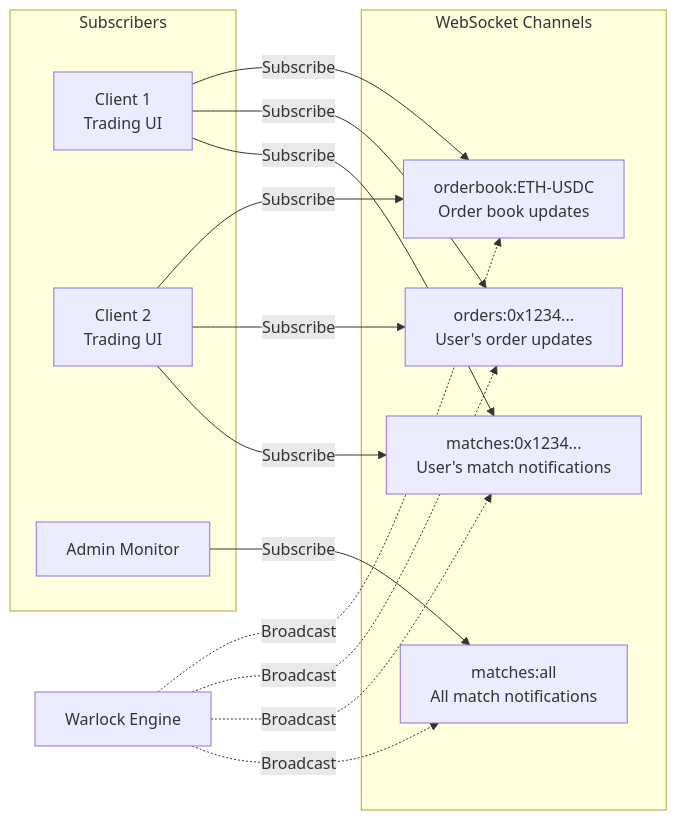
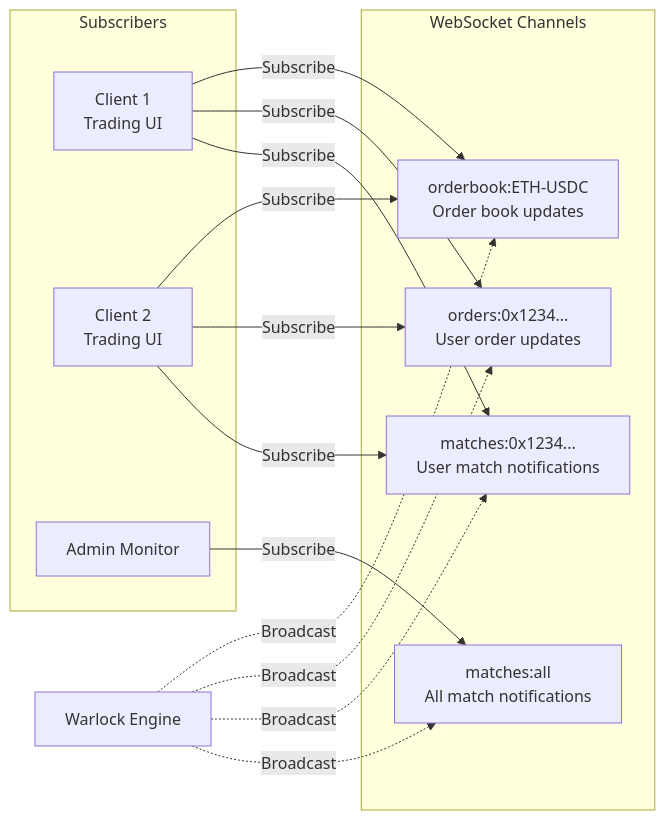
Before and after one commit to 0xjackson/Dark-Pool: the fourth of 4 diagrams in architecture.MD, drawn with Mermaid. The commit also changed other lines of this file, not shown here.

Commit message:
Update architecture.MD diagrams for signature removal

````diff
--- a/architecture.MD
+++ b/architecture.MD
@@ -169,30 +170,30 @@
 ```mermaid
 graph LR
     subgraph "WebSocket Channels"
         OB[orderbook:ETH-USDC<br/>Order book updates]
-        Orders[orders:0x1234...<br/>User's order updates]
-        Matches[matches:0x1234...<br/>User's match notifications]
+        Orders[orders:0x1234...<br/>User order updates]
+        Matches[matches:0x1234...<br/>User match notifications]
         MatchAll[matches:all<br/>All match notifications]
     end
 
     subgraph "Subscribers"
         Client1[Client 1<br/>Trading UI]
         Client2[Client 2<br/>Trading UI]
         Monitor[Admin Monitor]
     end
 
     Client1 -->|Subscribe| OB
     Client1 -->|Subscribe| Orders
     Client1 -->|Subscribe| Matches
 
     Client2 -->|Subscribe| OB
     Client2 -->|Subscribe| Orders
     Client2 -->|Subscribe| Matches
 
     Monitor -->|Subscribe| MatchAll
 
     Warlock[Warlock Engine] -.->|Broadcast| OB
     Warlock -.->|Broadcast| Orders
     Warlock -.->|Broadcast| Matches
     Warlock -.->|Broadcast| MatchAll
 ```
````
